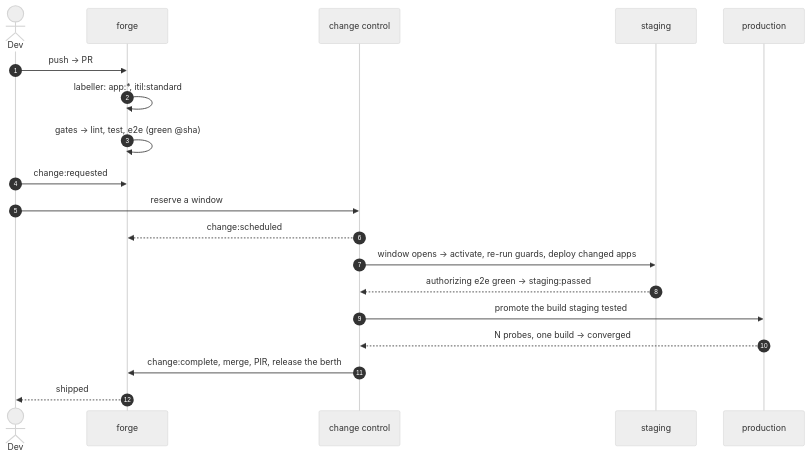
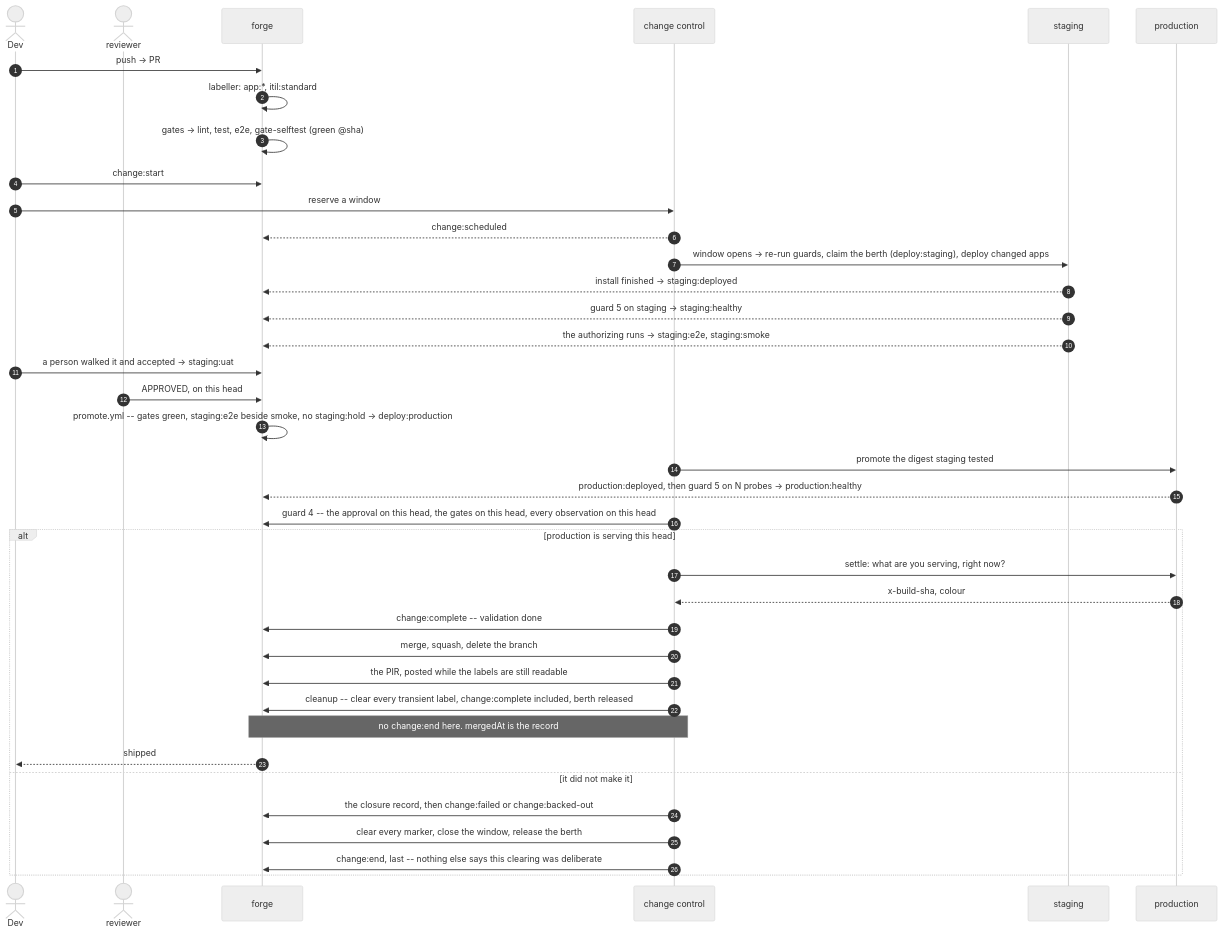
One commit to aygp-dr/standard-change changed the second of 6 diagrams in README.org. Above: the diagram before and after it, drawn with Mermaid (neutral theme). The commit also changed other lines of this file, not shown here.

First line of the commit message:
docs(readme): the cleanup flow, the reviewer, and two dead labels removed

```diff
--- a/README.org
+++ b/README.org
@@ -83,22 +96,42 @@
 #+begin_src mermaid :eval never-export
 sequenceDiagram
     autonumber
     actor Dev
+    actor Rev as reviewer
     participant GH as forge
     participant IDP as change control
     participant Stg as staging
     participant Prod as production
 
     Dev->>GH: push -> PR
     GH->>GH: labeller: app:*, itil:standard
-    GH->>GH: gates -> lint, test, e2e (green @sha)
-    Dev->>GH: change:requested
+    GH->>GH: gates -> lint, test, e2e, gate-selftest (green @sha)
+    Dev->>GH: change:start
     Dev->>IDP: reserve a window
     IDP-->>GH: change:scheduled
-    IDP->>Stg: window opens -> activate, re-run guards, deploy changed apps
-    Stg-->>IDP: authorizing e2e green -> staging:passed
-    IDP->>Prod: promote the build staging tested
-    Prod-->>IDP: N probes, one build -> converged
-    IDP->>GH: change:complete, merge, PIR, release the berth
-    GH-->>Dev: shipped
+    IDP->>Stg: window opens -> re-run guards, claim the berth (deploy:staging), deploy changed apps
+    Stg-->>GH: install finished -> staging:deployed
+    Stg-->>GH: guard 5 on staging -> staging:healthy
+    Stg-->>GH: the authorizing runs -> staging:e2e, staging:smoke
+    Dev->>GH: a person walked it and accepted -> staging:uat
+    Rev->>GH: APPROVED, on this head
+    GH->>GH: promote.yml -- gates green, staging:e2e beside smoke, no staging:hold -> deploy:production
+    IDP->>Prod: promote the digest staging tested
+    Prod-->>GH: production:deployed, then guard 5 on N probes -> production:healthy
+    IDP->>GH: guard 4 -- the approval on this head, the gates on this head, every observation on this head
+
+    alt production is serving this head
+        IDP->>Prod: settle: what are you serving, right now?
+        Prod-->>IDP: x-build-sha, colour
+        IDP->>GH: change:complete -- validation done
+        IDP->>GH: merge, squash, delete the branch
+        IDP->>GH: the PIR, posted while the labels are still readable
+        IDP->>GH: cleanup -- clear every transient label, change:complete included, berth released
+        Note over IDP,GH: no change:end here. mergedAt is the record
+        GH-->>Dev: shipped
+    else it did not make it
+        IDP->>GH: the closure record, then change:failed or change:backed-out
+        IDP->>GH: clear every marker, close the window, release the berth
+        IDP->>GH: change:end, last -- nothing else says this clearing was deliberate
+    end
 #+end_src
```
